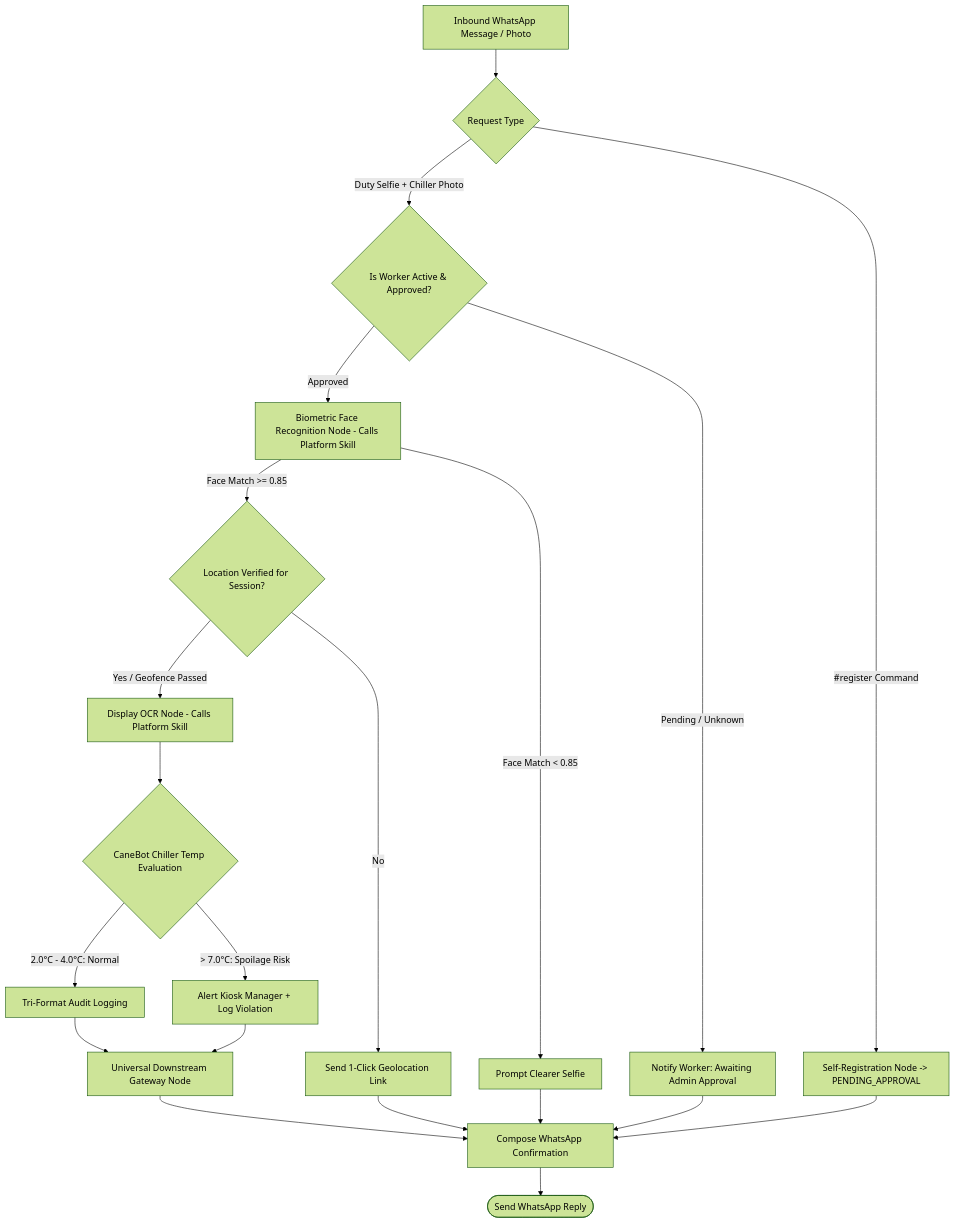
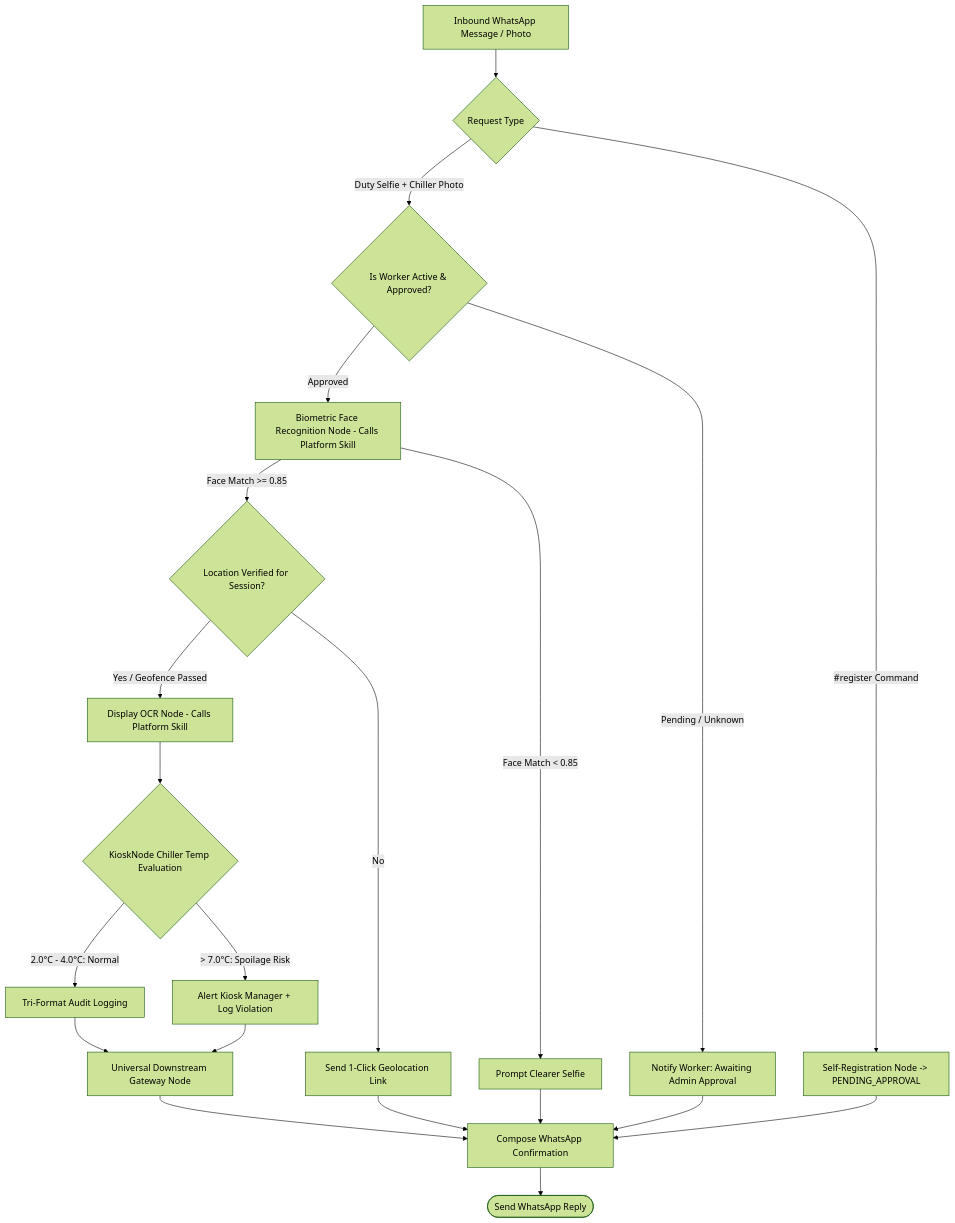
One commit to meetmahendra/Release100 changed the fourth of 5 diagrams in plans/03_app_temperature_marker_v1.2.md. Above: the diagram before and after it, drawn with Mermaid (forest theme). The commit also changed other lines of this file and 41 other files, not shown here.

````diff
--- a/plans/03_app_temperature_marker_v1.2.md
+++ b/plans/03_app_temperature_marker_v1.2.md
@@ -195,31 +195,31 @@
 ```mermaid
 graph TD
     Inbound[Inbound WhatsApp Message / Photo] --> RouterNode{Request Type}
     
     RouterNode -->|#register Command| OnboardingNode[Self-Registration Node -> PENDING_APPROVAL]
     RouterNode -->|Duty Selfie + Chiller Photo| AuthCheckNode{Is Worker Active & Approved?}
     
     AuthCheckNode -->|Pending / Unknown| RejectPending[Notify Worker: Awaiting Admin Approval]
     AuthCheckNode -->|Approved| FaceMatchNode[Biometric Face Recognition Node - Calls Platform Skill]
     
     FaceMatchNode -->|Face Match >= 0.85| LocationCheckNode{Location Verified for Session?}
     FaceMatchNode -->|Face Match < 0.85| PromptRetake[Prompt Clearer Selfie]
     
     LocationCheckNode -->|No| SendLocationLink[Send 1-Click Geolocation Link]
     LocationCheckNode -->|Yes / Geofence Passed| DisplayOCRNode[Display OCR Node - Calls Platform Skill]
     
-    DisplayOCRNode --> HACCPCheckNode{CaneBot Chiller Temp Evaluation}
+    DisplayOCRNode --> HACCPCheckNode{KioskNode Chiller Temp Evaluation}
     HACCPCheckNode -->|2.0°C - 4.0°C: Normal| CommitLogNode[Tri-Format Audit Logging]
     HACCPCheckNode -->|> 7.0°C: Spoilage Risk| CriticalAlertNode[Alert Kiosk Manager + Log Violation]
     
     CommitLogNode --> DownstreamDispatchNode[Universal Downstream Gateway Node]
     CriticalAlertNode --> DownstreamDispatchNode
     
     DownstreamDispatchNode --> ComposeReplyNode[Compose WhatsApp Confirmation]
     SendLocationLink --> ComposeReplyNode
     PromptRetake --> ComposeReplyNode
     RejectPending --> ComposeReplyNode
     OnboardingNode --> ComposeReplyNode
     
     ComposeReplyNode --> OutboundReply([Send WhatsApp Reply])
 ```
````
